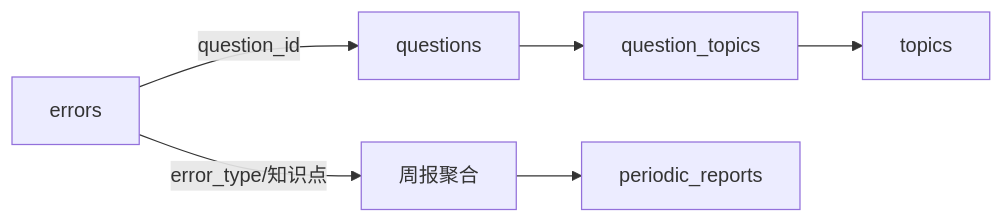
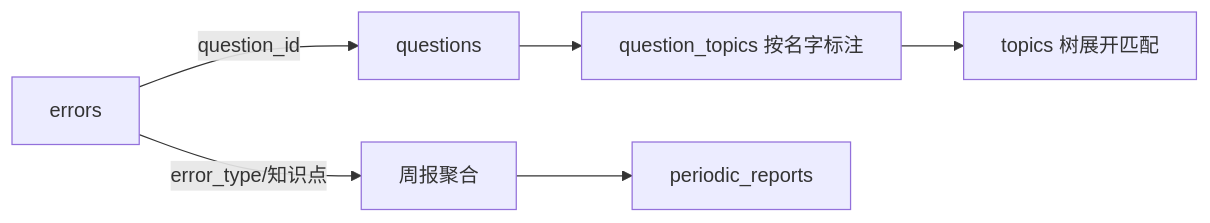
One commit to ttzc/gaokao_rag changed the diagram in docs/store/db/errors.md. Above: the diagram before and after it, drawn with Mermaid. The commit also changed other lines of this file and 4 other files, not shown here.

First line of the commit message:
docs: question_topics 关联存知识点名字而非 id（树演化不影响关联）

````diff
--- a/docs/store/db/errors.md
+++ b/docs/store/db/errors.md
@@ -52,7 +52,7 @@
 ```mermaid
 flowchart LR
     E[errors] -->|question_id| Q[questions]
     E -->|error_type/知识点| AGG[周报聚合]
-    Q --> QT[question_topics] --> T[topics]
+    Q --> QT[question_topics 按名字标注] --> T[topics 树展开匹配]
     AGG --> R[periodic_reports]
 ```
````
